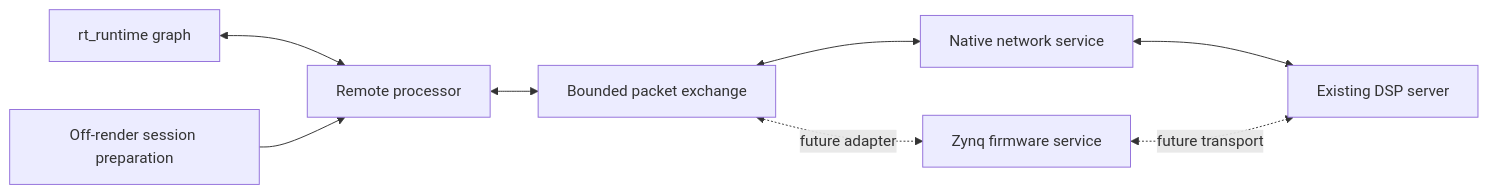
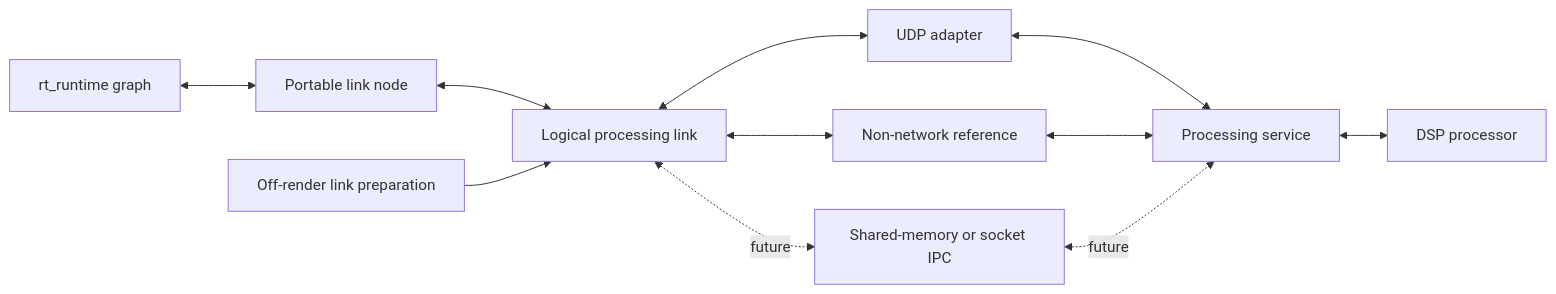
Before and after one commit to SanderVocke/shoopdaloop: the diagram in docs/remote-dsp/rt-runtime-integration-plan.md, drawn with Mermaid. The commit also changed other lines of this file and 1 other file, not shown here.

Commit message:
Generalize DSP integration plan for network and IPC links

````diff
--- a/docs/remote-dsp/rt-runtime-integration-plan.md
+++ b/docs/remote-dsp/rt-runtime-integration-plan.md
@@ -87,10 +106,13 @@
 ```mermaid
 flowchart LR
-    Graph[rt_runtime graph] <--> Node[Remote processor]
-    Node <--> Exchange[Bounded packet exchange]
-    Exchange <--> Native[Native network service]
-    Exchange <-. future adapter .-> Zynq[Zynq firmware service]
-    Native <--> Server[Existing DSP server]
-    Zynq <-. future transport .-> Server
-    Setup[Off-render session preparation] --> Node
+    Graph[rt_runtime graph] <--> Node[Portable link node]
+    Node <--> Link[Logical processing link]
+    Link <--> UDP[UDP adapter]
+    Link <--> Memory[Non-network reference]
+    Link <-. future .-> IPC[Shared-memory or socket IPC]
+    UDP <--> Service[Processing service]
+    Memory <--> Service
+    IPC <-. future .-> Service
+    Service <--> DSP[DSP processor]
+    Setup[Off-render link preparation] --> Link
 ```
````
